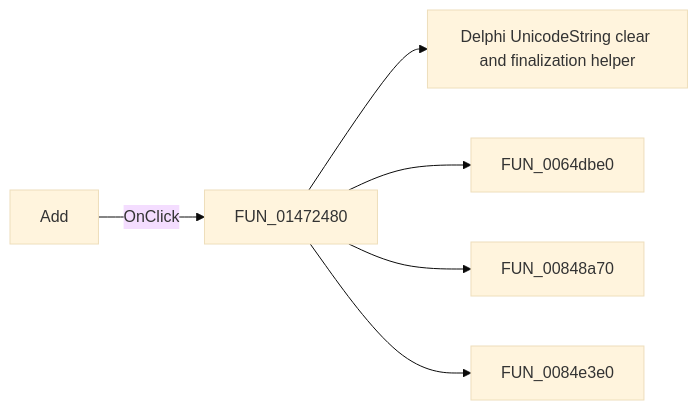
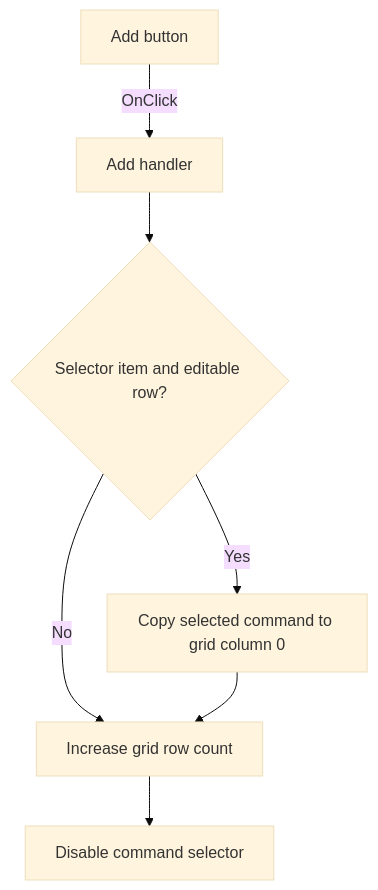
Before and after one commit to MovGP0/TIARA: the diagram in docs/ui-controls/spicecommandeditor/btnadd-eb91069970.md, drawn with Mermaid (base theme). The commit also changed other lines of this file and 1062 other files, not shown here.

````diff
--- a/docs/ui-controls/spicecommandeditor/btnadd-eb91069970.md
+++ b/docs/ui-controls/spicecommandeditor/btnadd-eb91069970.md
@@ -27,8 +27,9 @@
 ```mermaid
-flowchart LR
-    control["Add"] -->|OnClick| handler["FUN_01472480"]
-    handler --> call1["Delphi UnicodeString clear and finalization helper"]
-    handler --> call2["FUN_0064dbe0"]
-    handler --> call3["FUN_00848a70"]
-    handler --> call4["FUN_0084e3e0"]
+flowchart TD
+    control["Add button"] -->|"OnClick"| handler["Add handler"]
+    handler --> selection{"Selector item and editable row?"}
+    selection -->|"Yes"| preserve["Copy selected command to grid column 0"]
+    selection -->|"No"| append["Increase grid row count"]
+    preserve --> append
+    append --> disable["Disable command selector"]
 ```
````
